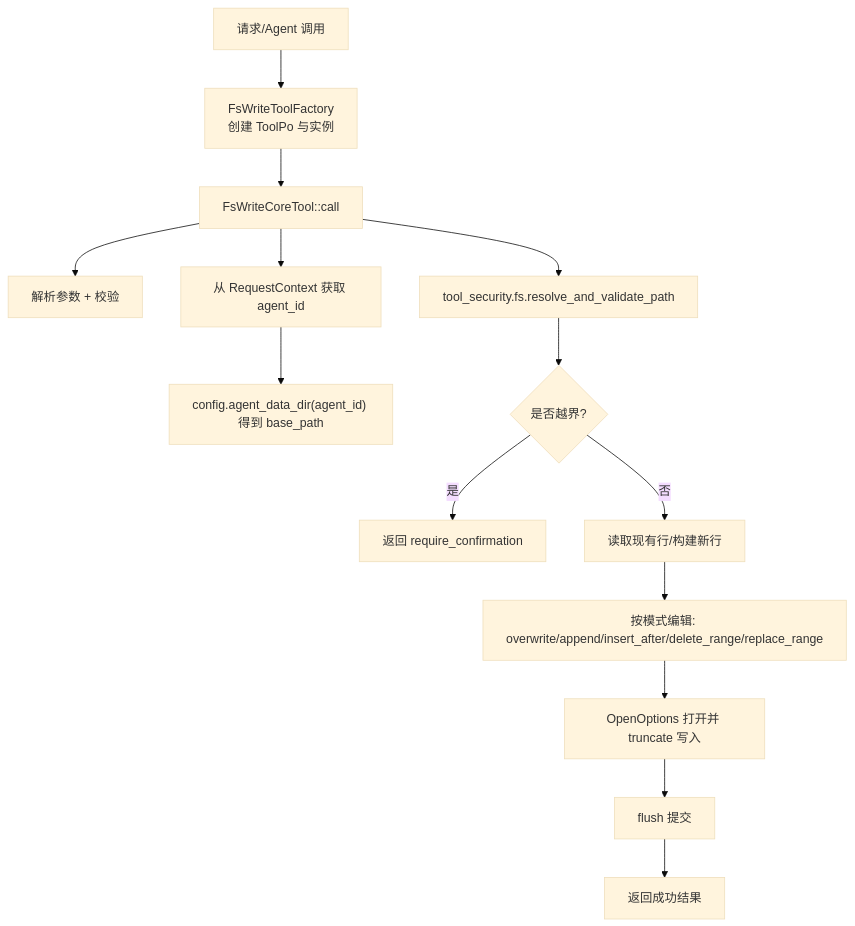
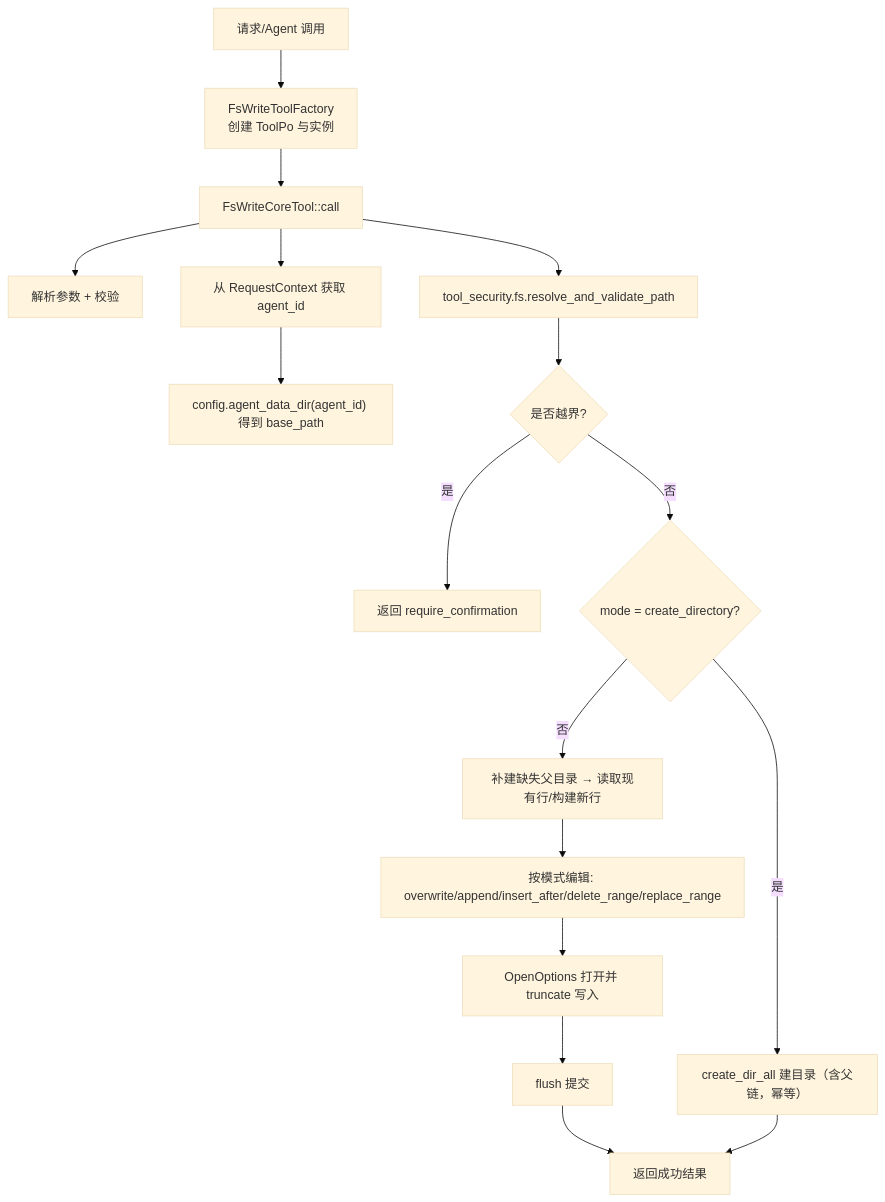
Before and after one commit to runningcoders/ai_orz: the first of 4 diagrams in docs/wiki/zh/content/基础设施/工具注册表/内置工具系统/文件写入工具.md, drawn with Mermaid (base theme). The commit also changed other lines of this file and 7 other files, not shown here.

First line of the commit message:
feat(tools): fs_read/fs_write 支持目录——读目录列举 + 写自动补建父目录 + create_directory 模式

````diff
--- a/docs/wiki/zh/content/基础设施/工具注册表/内置工具系统/文件写入工具.md
+++ b/docs/wiki/zh/content/基础设施/工具注册表/内置工具系统/文件写入工具.md
@@ -43,16 +49,19 @@
 ```mermaid
 graph TB
 A["请求/Agent 调用"] --> B["FsWriteToolFactory<br/>创建 ToolPo 与实例"]
 B --> C["FsWriteCoreTool::call"]
 C --> D["解析参数 + 校验"]
 C --> E["从 RequestContext 获取 agent_id"]
 E --> F["config.agent_data_dir(agent_id) 得到 base_path"]
 C --> G["tool_security.fs.resolve_and_validate_path"]
 G --> H{"是否越界?"}
 H --> |是| I["返回 require_confirmation"]
-H --> |否| J["读取现有行/构建新行"]
-J --> K["按模式编辑: overwrite/append/insert_after/delete_range/replace_range"]
-K --> L["OpenOptions 打开并 truncate 写入"]
-L --> M["flush 提交"]
-M --> N["返回成功结果"]
+H --> |否| J{"mode = create_directory?"}
+J --> |是| J2["create_dir_all 建目录（含父链，幂等）"]
+J --> |否| K["补建缺失父目录 → 读取现有行/构建新行"]
+K --> L["按模式编辑: overwrite/append/insert_after/delete_range/replace_range"]
+L --> M["OpenOptions 打开并 truncate 写入"]
+M --> N["flush 提交"]
+N --> O["返回成功结果"]
+J2 --> O
 ```
````
